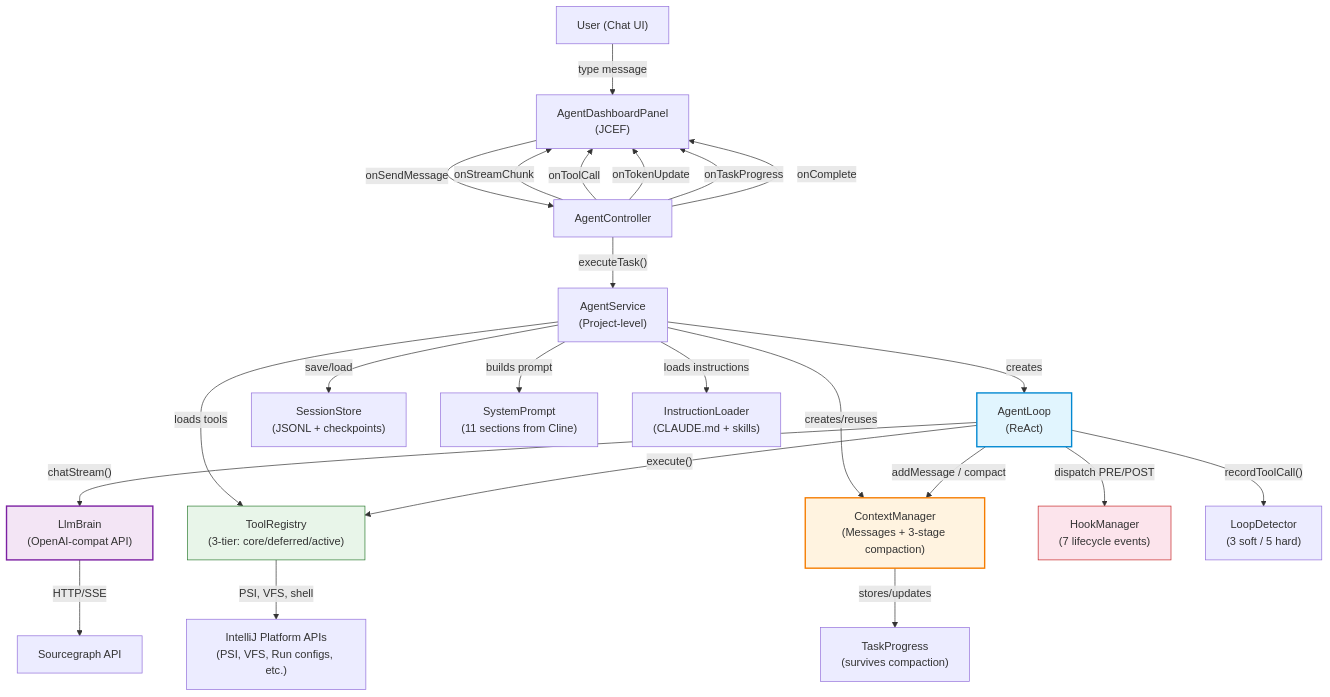
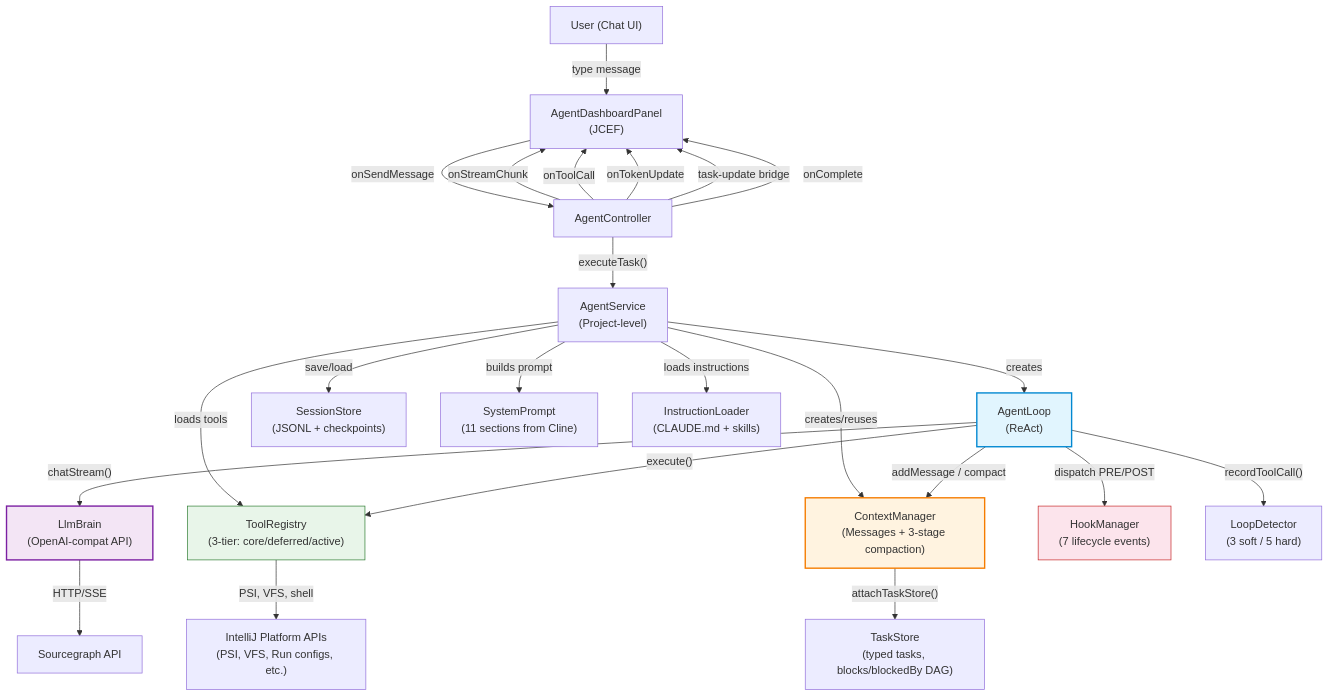
The first of 4 diagrams in docs/architecture/agent-architecture.md (thenerdygeek/intellij-workflow-orchestrator), drawn with Mermaid before and after one commit. The commit also changed other lines of this file and 2 other files, not shown here.

First line of the commit message:
docs: reflect task system port in architecture docs

````diff
--- a/docs/architecture/agent-architecture.md
+++ b/docs/architecture/agent-architecture.md
@@ -48,52 +48,52 @@
 ```mermaid
 graph TB
     User["User (Chat UI)"]
     Dashboard["AgentDashboardPanel<br/>(JCEF)"]
     Controller["AgentController"]
     Service["AgentService<br/>(Project-level)"]
     Loop["AgentLoop<br/>(ReAct)"]
     Brain["LlmBrain<br/>(OpenAI-compat API)"]
     CTX["ContextManager<br/>(Messages + 3-stage compaction)"]
-    TaskProg["TaskProgress<br/>(survives compaction)"]
+    TaskProg["TaskStore<br/>(typed tasks, blocks/blockedBy DAG)"]
     Tools["ToolRegistry<br/>(3-tier: core/deferred/active)"]
     Store["SessionStore<br/>(JSONL + checkpoints)"]
     Hooks["HookManager<br/>(7 lifecycle events)"]
     LoopDet["LoopDetector<br/>(3 soft / 5 hard)"]
     SysPrompt["SystemPrompt<br/>(11 sections from Cline)"]
     InstrLoad["InstructionLoader<br/>(CLAUDE.md + skills)"]
     IDE["IntelliJ Platform APIs<br/>(PSI, VFS, Run configs, etc.)"]
     SG["Sourcegraph API"]
 
     User -->|"type message"| Dashboard
     Dashboard -->|"onSendMessage"| Controller
     Controller -->|"executeTask()"| Service
     Service -->|"creates"| Loop
     Service -->|"creates/reuses"| CTX
     Service -->|"loads tools"| Tools
     Service -->|"builds prompt"| SysPrompt
     Service -->|"loads instructions"| InstrLoad
     Service -->|"save/load"| Store
 
     Loop -->|"chatStream()"| Brain
     Loop -->|"execute()"| Tools
     Loop -->|"addMessage / compact"| CTX
     Loop -->|"recordToolCall()"| LoopDet
     Loop -->|"dispatch PRE/POST"| Hooks
 
-    CTX -->|"stores/updates"| TaskProg
+    CTX -->|"attachTaskStore()"| TaskProg
 
     Brain -->|"HTTP/SSE"| SG
     Tools -->|"PSI, VFS, shell"| IDE
 
     Controller -->|"onStreamChunk"| Dashboard
     Controller -->|"onToolCall"| Dashboard
     Controller -->|"onTokenUpdate"| Dashboard
-    Controller -->|"onTaskProgress"| Dashboard
+    Controller -->|"task-update bridge"| Dashboard
     Controller -->|"onComplete"| Dashboard
 
     style Loop fill:#e1f5fe,stroke:#0288d1,stroke-width:2px
     style CTX fill:#fff3e0,stroke:#f57c00,stroke-width:2px
     style Brain fill:#f3e5f5,stroke:#7b1fa2,stroke-width:2px
     style Hooks fill:#fce4ec,stroke:#c62828,stroke-width:1px
     style Tools fill:#e8f5e9,stroke:#2e7d32,stroke-width:1px
 ```
````
